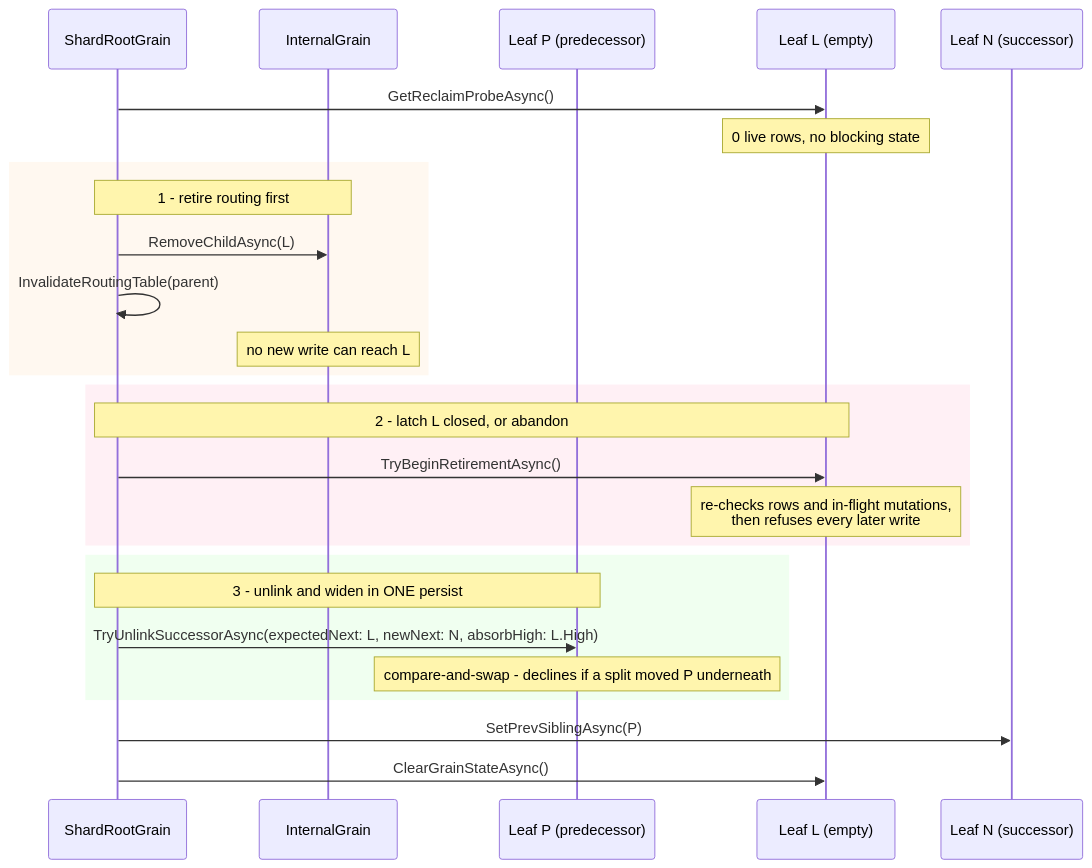
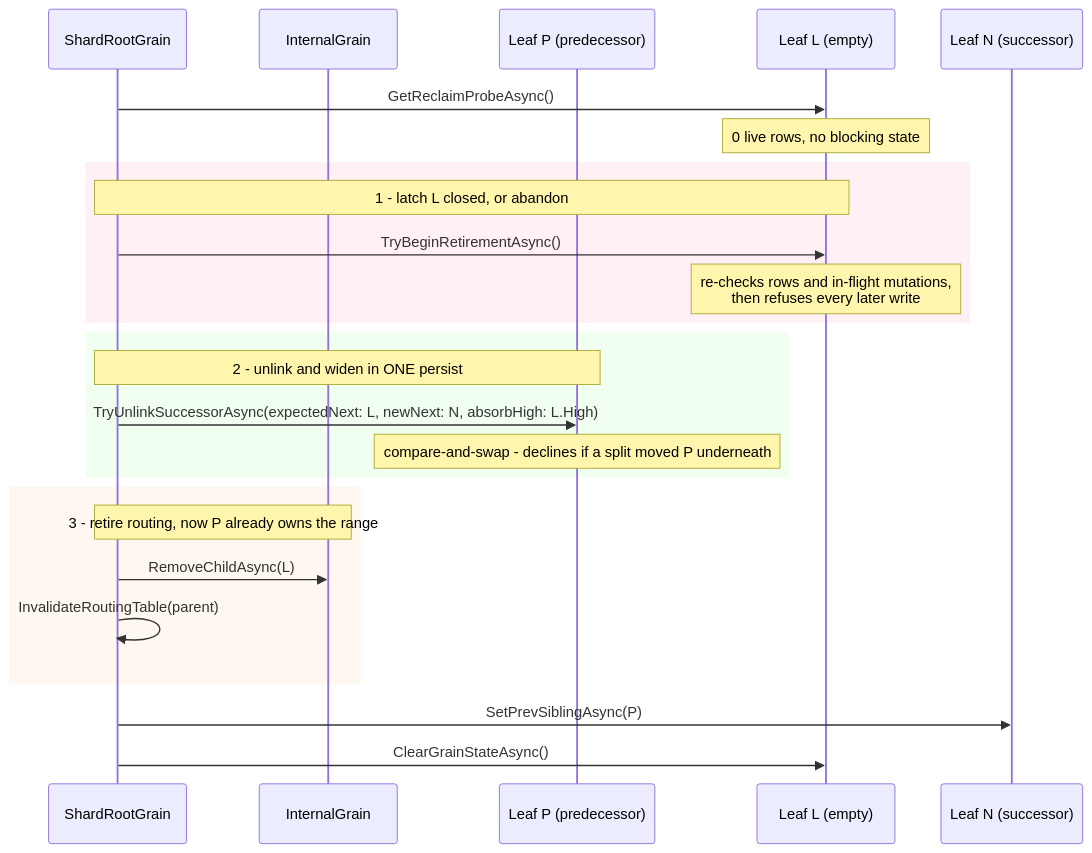
Before and after one commit to NSTA1/Orleans.Lattice: the fourth of 4 diagrams in docs/lattice/tree-structure.md, drawn with Mermaid. The commit also changed other lines of this file and 13 other files, not shown here.

````diff
--- a/docs/lattice/tree-structure.md
+++ b/docs/lattice/tree-structure.md
@@ -127,33 +127,32 @@
 ```mermaid
 sequenceDiagram
     participant Root as ShardRootGrain
     participant Parent as InternalGrain
     participant Prev as Leaf P (predecessor)
     participant Leaf as Leaf L (empty)
     participant Next as Leaf N (successor)
 
     Root->>Leaf: GetReclaimProbeAsync()
     Note over Leaf: 0 live rows, no blocking state
 
-    rect rgb(255, 248, 240)
-    Note over Root,Parent: 1 - retire routing first
-    Root->>Parent: RemoveChildAsync(L)
-    Root->>Root: InvalidateRoutingTable(parent)
-    Note over Parent: no new write can reach L
-    end
-
     rect rgb(255, 240, 245)
-    Note over Root,Leaf: 2 - latch L closed, or abandon
+    Note over Root,Leaf: 1 - latch L closed, or abandon
     Root->>Leaf: TryBeginRetirementAsync()
     Note over Leaf: re-checks rows and in-flight mutations,<br/>then refuses every later write
     end
 
     rect rgb(240, 255, 240)
-    Note over Root,Prev: 3 - unlink and widen in ONE persist
+    Note over Root,Prev: 2 - unlink and widen in ONE persist
     Root->>Prev: TryUnlinkSuccessorAsync(expectedNext: L, newNext: N, absorbHigh: L.High)
     Note over Prev: compare-and-swap - declines if a split moved P underneath
+    end
+
+    rect rgb(255, 248, 240)
+    Note over Root,Parent: 3 - retire routing, now P already owns the range
+    Root->>Parent: RemoveChildAsync(L)
+    Root->>Root: InvalidateRoutingTable(parent)
     end
 
     Root->>Next: SetPrevSiblingAsync(P)
     Root->>Leaf: ClearGrainStateAsync()
 ```
````
